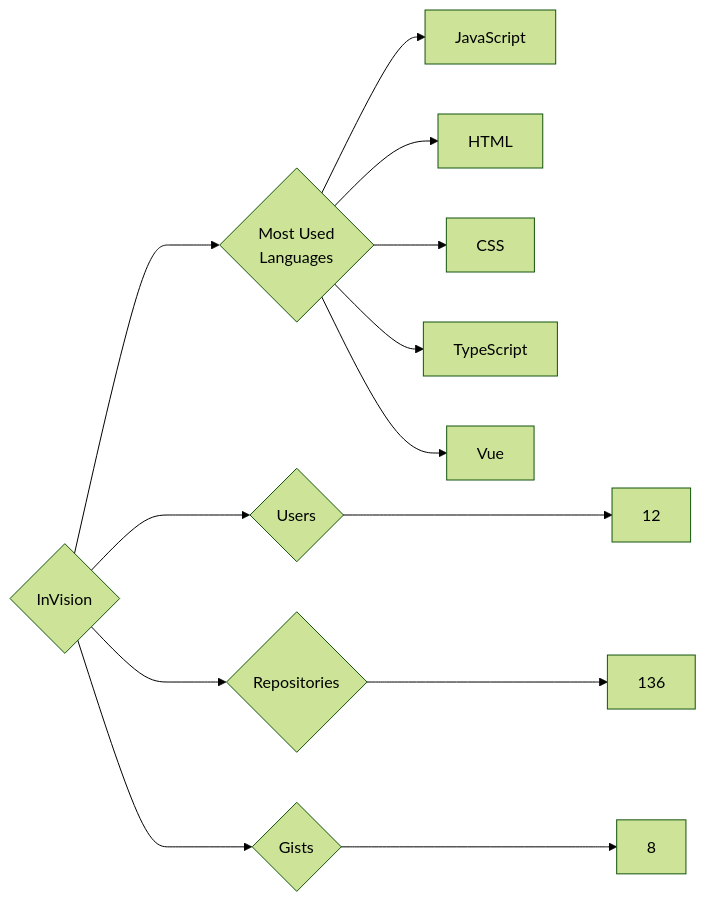
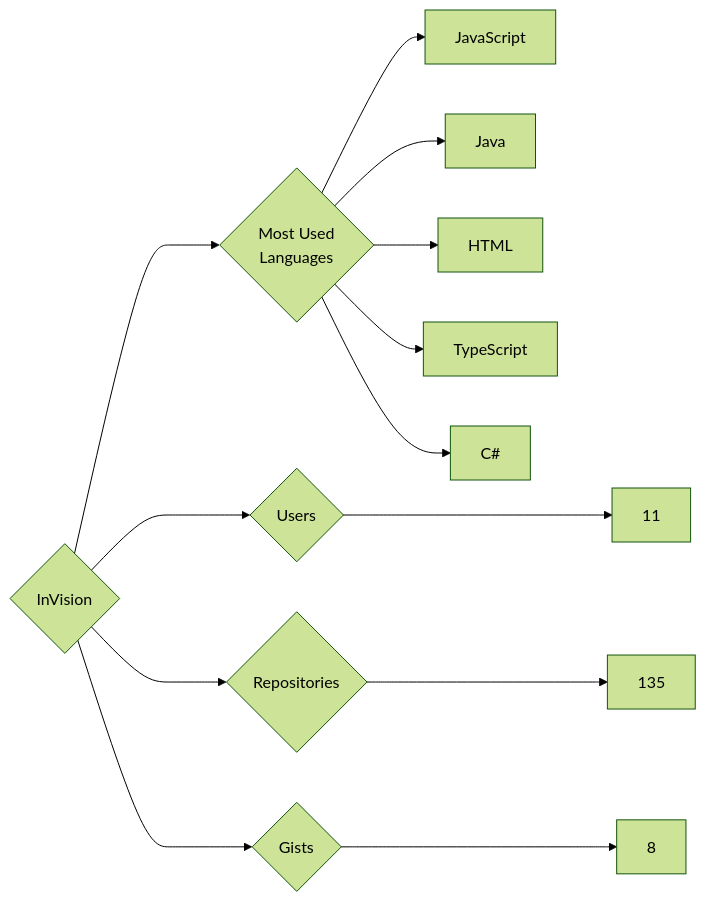
One commit to trickest/insiders changed the diagram in targets/InVision/README.md. Above: the diagram before and after it, drawn with Mermaid (forest theme). The commit also changed 1195 other files, not shown here.

````diff
--- a/targets/InVision/README.md
+++ b/targets/InVision/README.md
@@ -3,13 +3,13 @@
 ```mermaid
 graph LR
 COMPANY_NAME{InVision}
-COMPANY_NAME ---> U{Users} ---> UN[12]
-COMPANY_NAME ---> R{Repositories} ---> RN[136]
+COMPANY_NAME ---> U{Users} ---> UN[11]
+COMPANY_NAME ---> R{Repositories} ---> RN[135]
 COMPANY_NAME ---> G{Gists} ---> GN[8]
 COMPANY_NAME ---> ML{Most Used<br>Languages}
 ML --> JavaScript[JavaScript]
+ML --> Java[Java]
 ML --> HTML[HTML]
-ML --> CSS[CSS]
 ML --> TypeScript[TypeScript]
-ML --> Vue[Vue]
+ML --> C#[C#]
 ```
````
